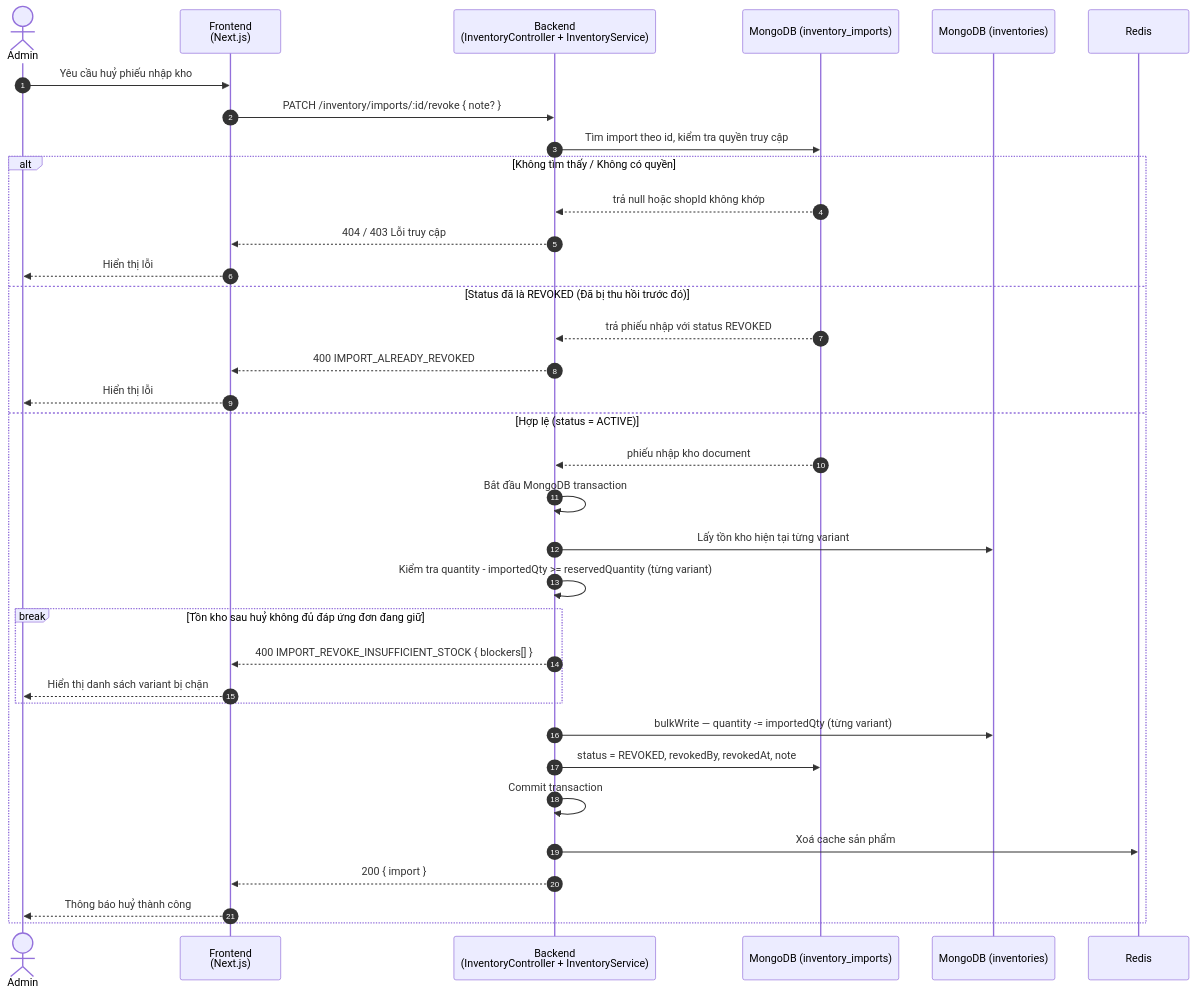
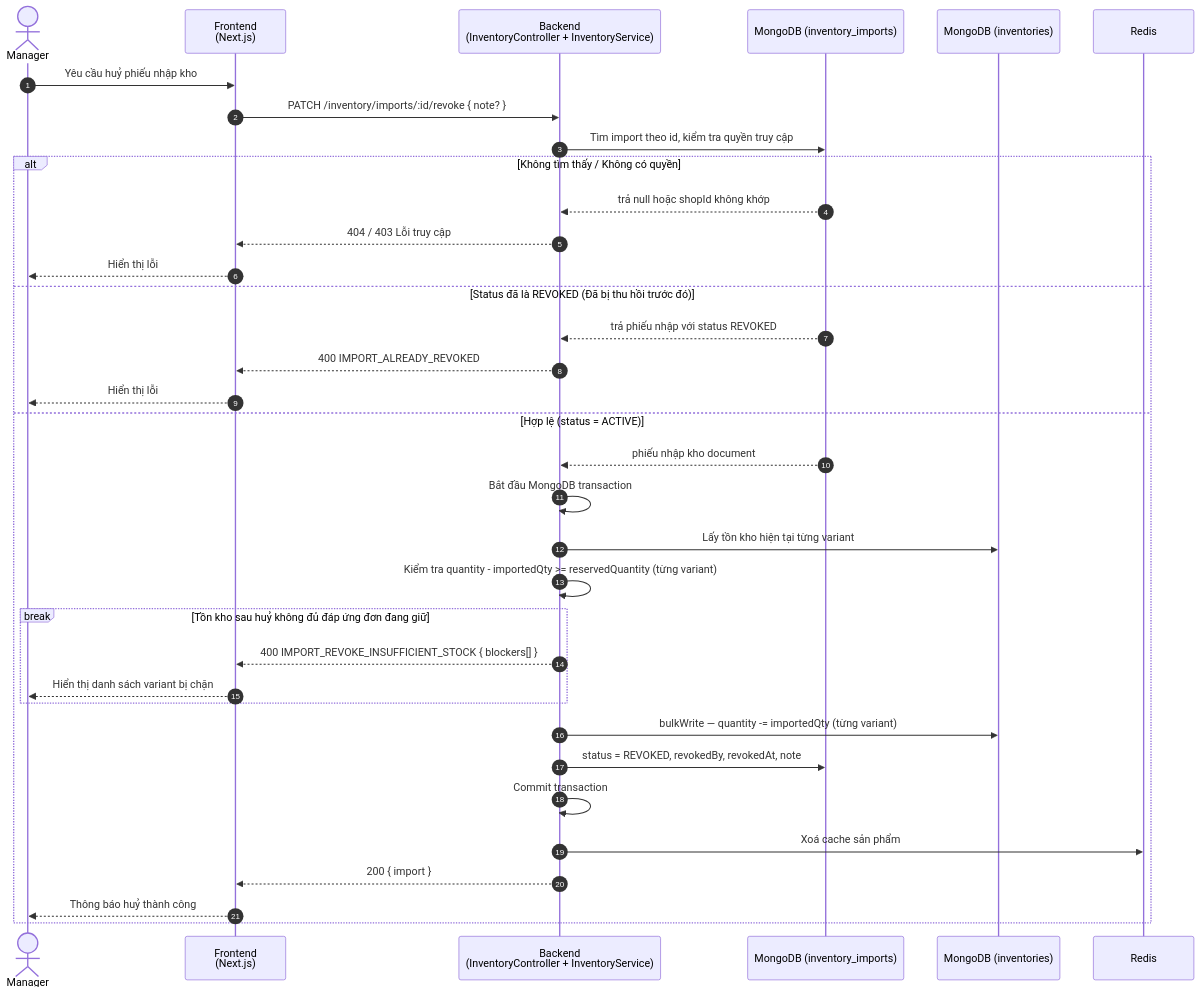
One commit to DaoDuck3008/DaoDuckWear-Clothing-Website changed the diagram in docs/diagrams/inventory/revoke-import.mmd. Above: the diagram before and after it, drawn with Mermaid. The commit also changed 5 other files, not shown here.

Commit message:
feat(diagrams): Add Squence diagrams for voucher

```diff
--- a/docs/diagrams/inventory/revoke-import.mmd
+++ b/docs/diagrams/inventory/revoke-import.mmd
@@ -1,41 +1,41 @@
 %%{init: {'themeVariables': {'fontSize': '25px'}}}%%
 sequenceDiagram
     autonumber
-    actor Admin
+    actor Manager
     participant FE as Frontend<br/>(Next.js)
     participant BE as Backend<br/>(InventoryController + InventoryService)
     participant Imports as MongoDB (inventory_imports)
     participant Inventories as MongoDB (inventories)
     participant Redis
 
-    Admin->>FE: Yêu cầu huỷ phiếu nhập kho
+    Manager->>FE: Yêu cầu huỷ phiếu nhập kho
     FE->>BE: PATCH /inventory/imports/:id/revoke { note? }
 
     BE->>Imports: Tìm import theo id, kiểm tra quyền truy cập
 
     alt Không tìm thấy / Không có quyền
         Imports-->>BE: trả null hoặc shopId không khớp
         BE-->>FE: 404 / 403 Lỗi truy cập
-        FE-->>Admin: Hiển thị lỗi
+        FE-->>Manager: Hiển thị lỗi
     else Status đã là REVOKED (Đã bị thu hồi trước đó)
         Imports-->>BE: trả phiếu nhập với status REVOKED
         BE-->>FE: 400 IMPORT_ALREADY_REVOKED
-        FE-->>Admin: Hiển thị lỗi
+        FE-->>Manager: Hiển thị lỗi
     else Hợp lệ (status = ACTIVE)
         Imports-->>BE: phiếu nhập kho document
         BE->>BE: Bắt đầu MongoDB transaction
         BE->>Inventories: Lấy tồn kho hiện tại từng variant
         BE->>BE: Kiểm tra quantity - importedQty >= reservedQuantity (từng variant)
 
         break Tồn kho sau huỷ không đủ đáp ứng đơn đang giữ
             BE-->>FE: 400 IMPORT_REVOKE_INSUFFICIENT_STOCK { blockers[] }
-            FE-->>Admin: Hiển thị danh sách variant bị chặn
+            FE-->>Manager: Hiển thị danh sách variant bị chặn
         end
 
         BE->>Inventories: bulkWrite — quantity -= importedQty (từng variant)
         BE->>Imports: status = REVOKED, revokedBy, revokedAt, note
         BE->>BE: Commit transaction
         BE->>Redis: Xoá cache sản phẩm
         BE-->>FE: 200 { import }
-        FE-->>Admin: Thông báo huỷ thành công
+        FE-->>Manager: Thông báo huỷ thành công
     end
```
